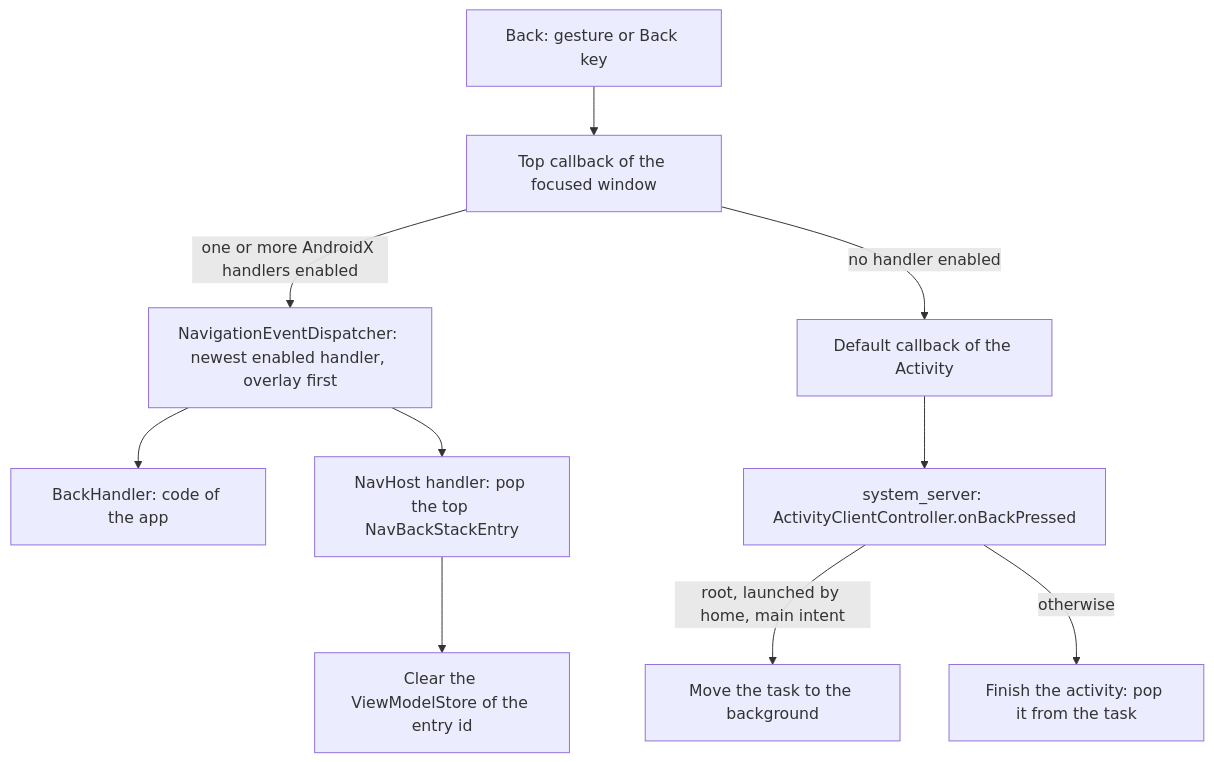
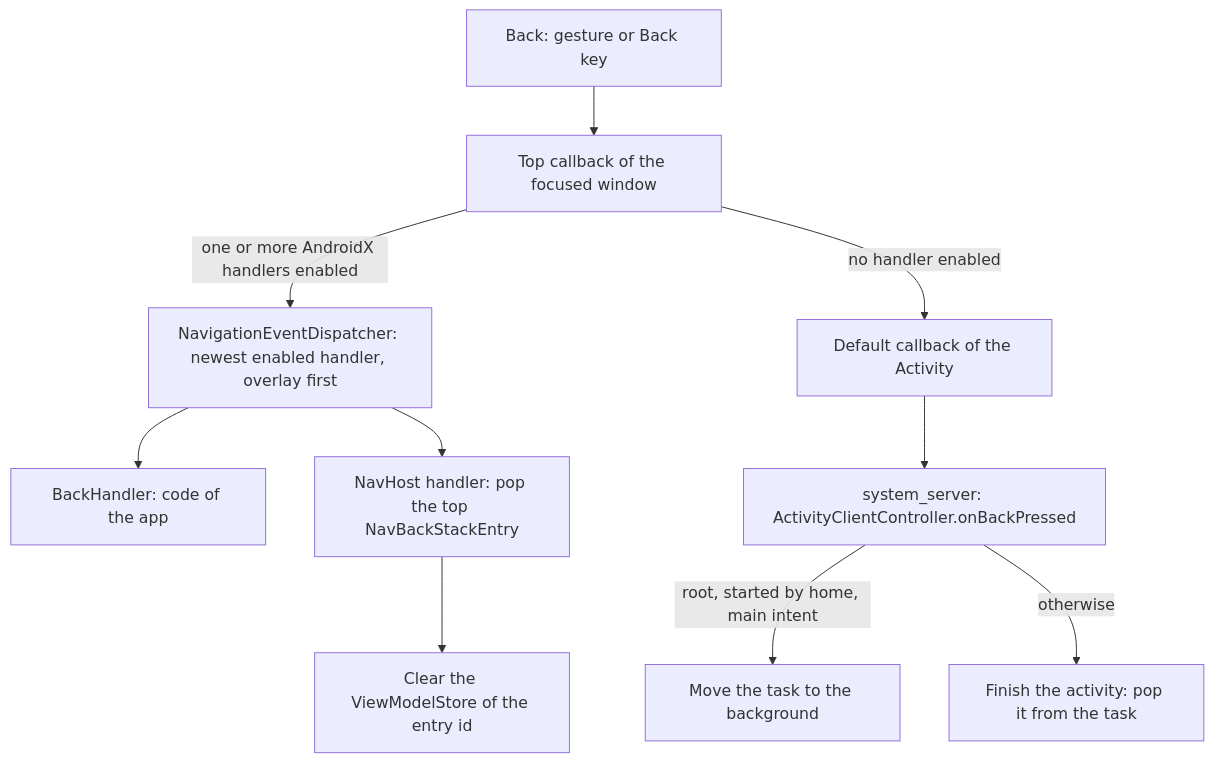
Before and after one commit to imGurpreetSK/android-from-first-principles: the diagram in site/src/content/docs/state-survival/navigation.mdx, drawn with Mermaid. The commit also changed other lines of this file, not shown here.

````diff
--- a/site/src/content/docs/state-survival/navigation.mdx
+++ b/site/src/content/docs/state-survival/navigation.mdx
@@ -220,12 +220,12 @@
 ```mermaid
 flowchart TD
   back["Back: gesture or Back key"] --> top["Top callback of the focused window"]
   top -->|"one or more AndroidX handlers enabled"| ax["NavigationEventDispatcher: newest enabled handler, overlay first"]
   ax --> app["BackHandler: code of the app"]
   ax --> nav["NavHost handler: pop the top NavBackStackEntry"]
   nav --> clear["Clear the ViewModelStore of the entry id"]
   top -->|"no handler enabled"| def["Default callback of the Activity"]
   def --> acc["system_server: ActivityClientController.onBackPressed"]
-  acc -->|"root, launched by home, main intent"| move["Move the task to the background"]
+  acc -->|"root, started by home, main intent"| move["Move the task to the background"]
   acc -->|"otherwise"| finish["Finish the activity: pop it from the task"]
 ```
````
